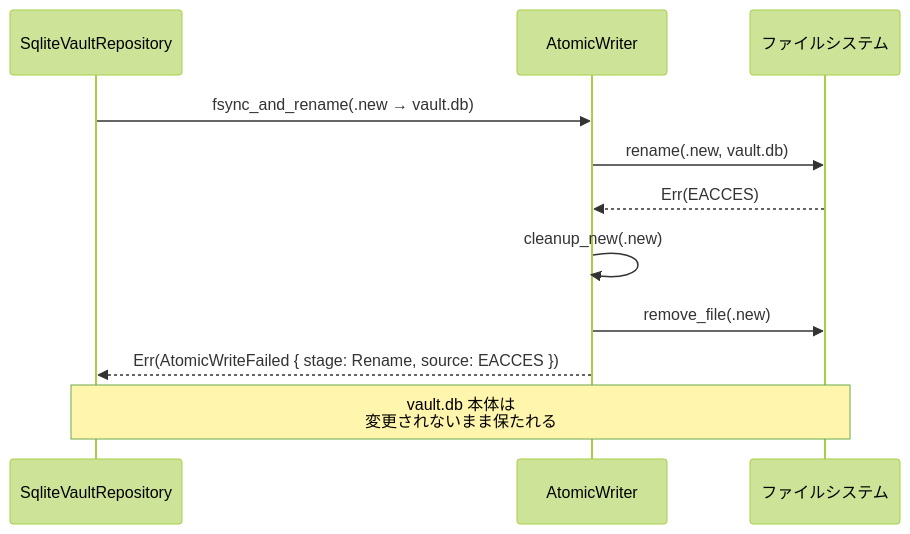
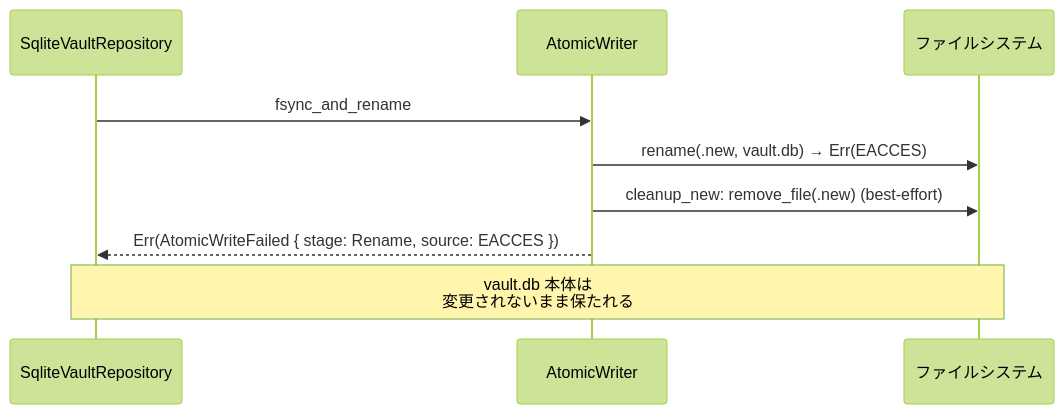
Before and after one commit to shikomi-dev/shikomi: the third of 5 diagrams in docs/features/vault-persistence/basic-design.md, drawn with Mermaid (forest theme). The commit also changed other lines of this file and 2 other files, not shown here.

First line of the commit message:
docs(vault-persistence): レビュー第3ラウンド指摘を全点反映 (#10)

````diff
--- a/docs/features/vault-persistence/basic-design.md
+++ b/docs/features/vault-persistence/basic-design.md
@@ -276,14 +277,12 @@
 ```mermaid
 sequenceDiagram
     participant Repo as SqliteVaultRepository
     participant Atomic as AtomicWriter
     participant FS as ファイルシステム
 
-    Repo->>Atomic: fsync_and_rename(.new → vault.db)
-    Atomic->>FS: rename(.new, vault.db)
-    FS-->>Atomic: Err(EACCES)
-    Atomic->>Atomic: cleanup_new(.new)
-    Atomic->>FS: remove_file(.new)
+    Repo->>Atomic: fsync_and_rename
+    Atomic->>FS: rename(.new, vault.db) → Err(EACCES)
+    Atomic->>FS: cleanup_new: remove_file(.new) (best-effort)
     Atomic-->>Repo: Err(AtomicWriteFailed { stage: Rename, source: EACCES })
     Note over Repo,FS: vault.db 本体は<br/>変更されないまま保たれる
 ```
````
